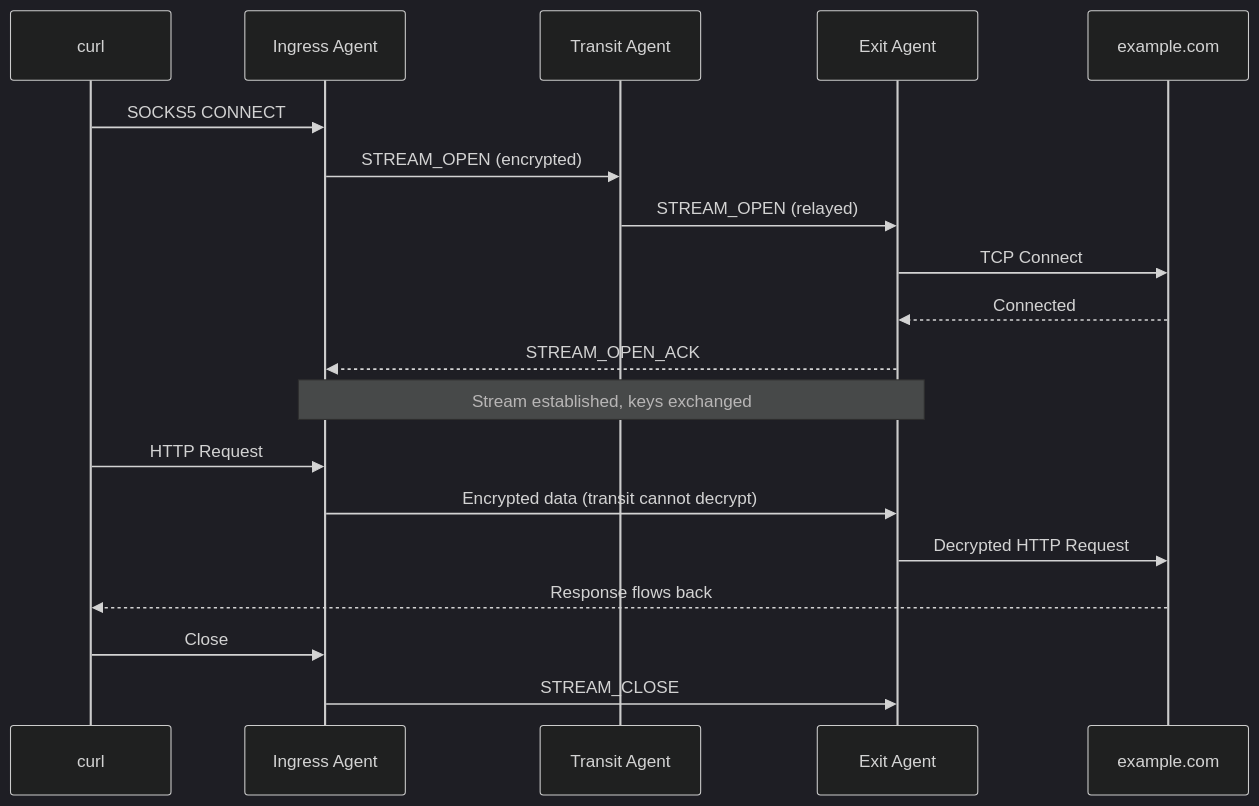
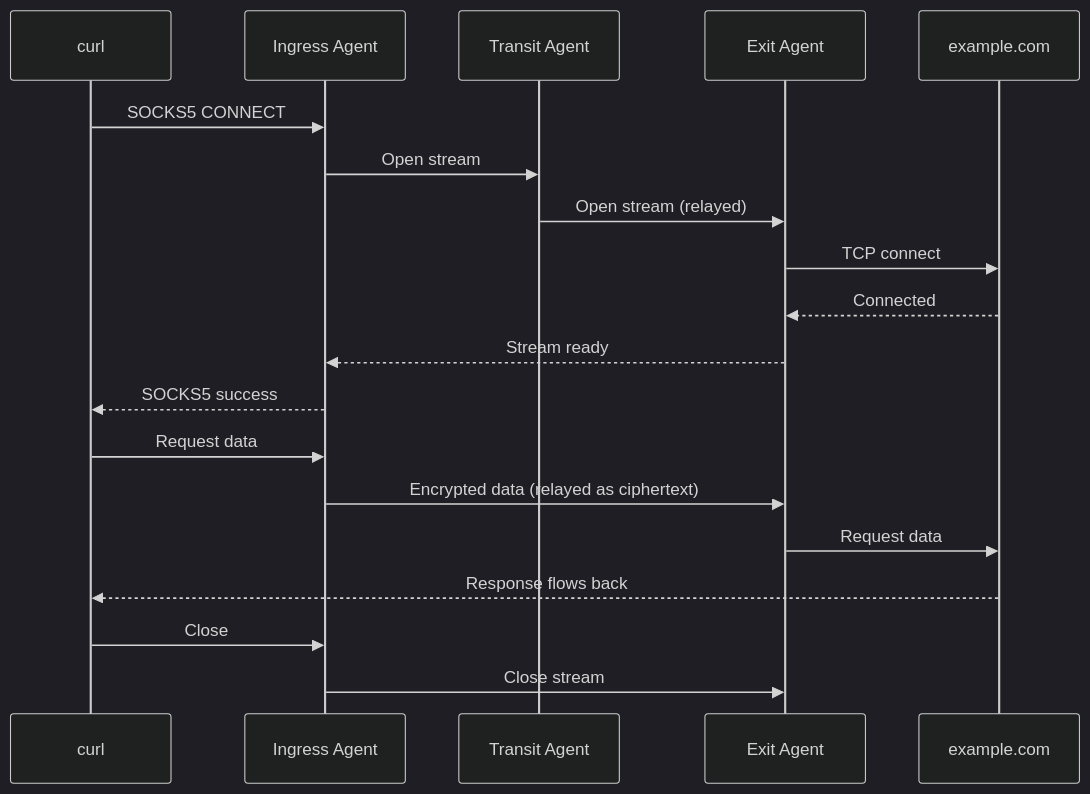
The first of 2 diagrams in docs/docs/concepts/streams.md (Muti-Metroo/Muti-Metroo), drawn with Mermaid (dark theme) before and after one commit. The commit also changed other lines of this file and 156 other files, not shown here.

````diff
--- a/docs/docs/concepts/streams.md
+++ b/docs/docs/concepts/streams.md
@@ -23,22 +19,22 @@
 ```mermaid
 sequenceDiagram
     participant Client as curl
     participant Ingress as Ingress Agent
     participant Transit as Transit Agent
     participant Exit as Exit Agent
     participant Server as example.com
 
     Client->>Ingress: SOCKS5 CONNECT
-    Ingress->>Transit: STREAM_OPEN (encrypted)
-    Transit->>Exit: STREAM_OPEN (relayed)
-    Exit->>Server: TCP Connect
+    Ingress->>Transit: Open stream
+    Transit->>Exit: Open stream (relayed)
+    Exit->>Server: TCP connect
     Server-->>Exit: Connected
-    Exit-->>Ingress: STREAM_OPEN_ACK
-    Note over Ingress,Exit: Stream established, keys exchanged
-    Client->>Ingress: HTTP Request
-    Ingress->>Exit: Encrypted data (transit cannot decrypt)
-    Exit->>Server: Decrypted HTTP Request
+    Exit-->>Ingress: Stream ready
+    Ingress-->>Client: SOCKS5 success
+    Client->>Ingress: Request data
+    Ingress->>Exit: Encrypted data (relayed as ciphertext)
+    Exit->>Server: Request data
     Server-->>Client: Response flows back
     Client->>Ingress: Close
-    Ingress->>Exit: STREAM_CLOSE
+    Ingress->>Exit: Close stream
 ```
````
